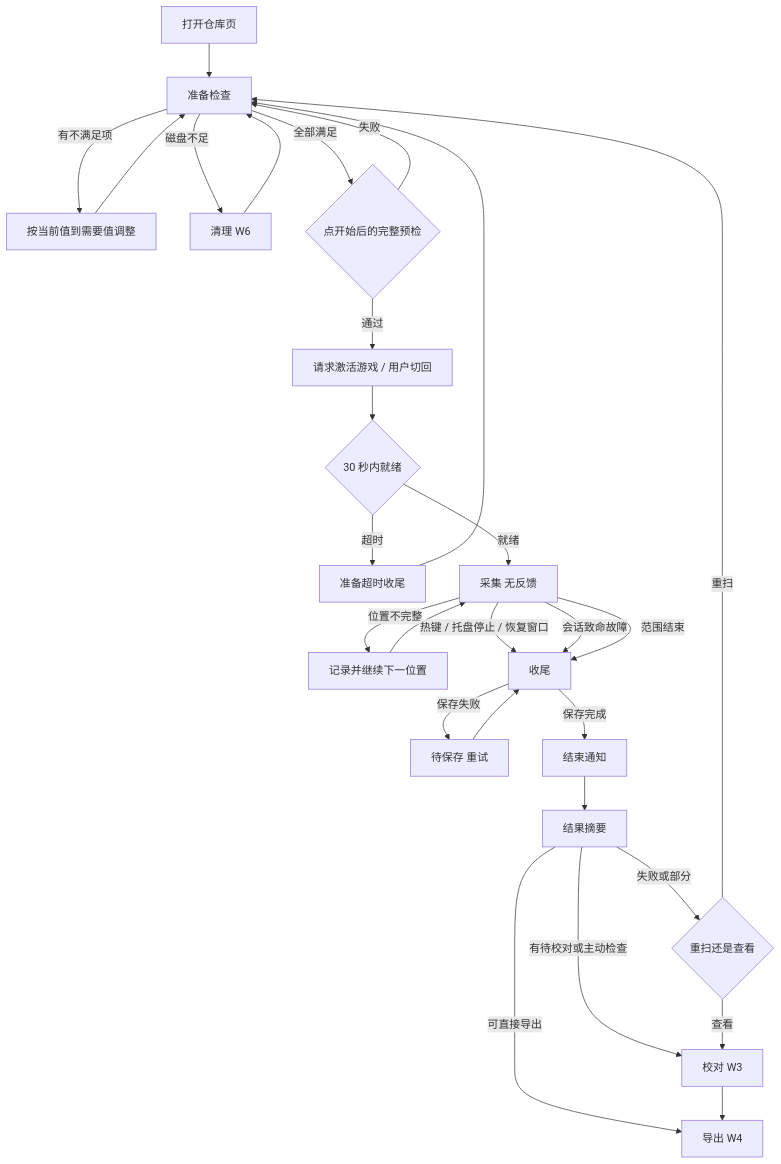
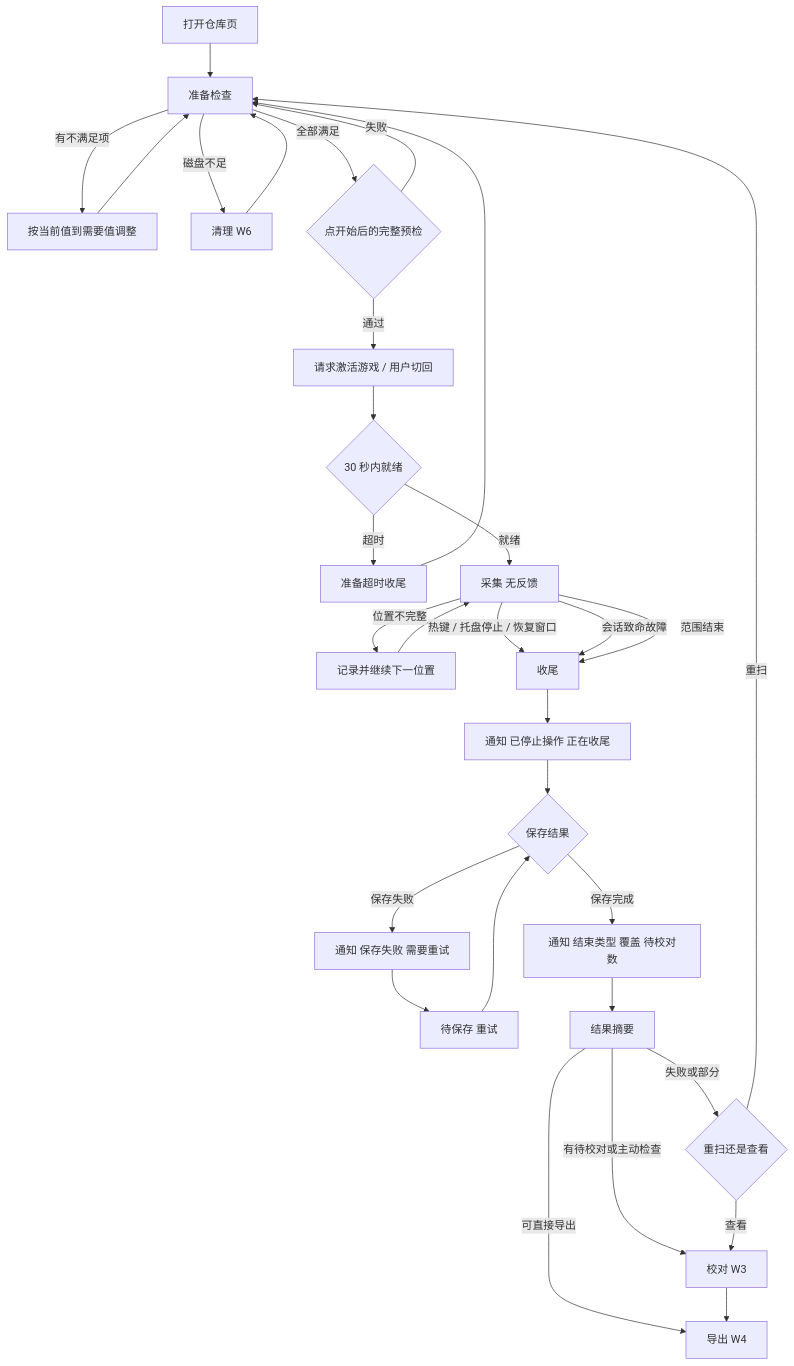
One commit to LoTwT/youkai changed the fifth of 11 diagrams in docs/design/uiux-2026-11/03-journeys-windows.md. Above: the diagram before and after it, drawn with Mermaid. The commit also changed other lines of this file and 5 other files, not shown here.

````diff
--- a/docs/design/uiux-2026-11/03-journeys-windows.md
+++ b/docs/design/uiux-2026-11/03-journeys-windows.md
@@ -194,25 +194,28 @@
 ```mermaid
 flowchart TD
   A[打开仓库页] --> B[准备检查]
   B -->|有不满足项| B1[按当前值到需要值调整] --> B
   B -->|磁盘不足| CL[清理 W6] --> B
   B -->|全部满足| C{点开始后的完整预检}
   C -->|失败| B
   C -->|通过| D[请求激活游戏 / 用户切回]
   D --> E{30 秒内就绪}
   E -->|超时| E1[准备超时收尾] --> B
   E -->|就绪| F[采集 无反馈]
   F -->|位置不完整| F1[记录并继续下一位置] --> F
   F -->|热键 / 托盘停止 / 恢复窗口| G[收尾]
   F -->|会话致命故障| G
   F -->|范围结束| G
-  G -->|保存失败| G1[待保存 重试] --> G
-  G -->|保存完成| N[结束通知]
-  N --> H[结果摘要]
+  G --> N1[通知 已停止操作 正在收尾]
+  N1 --> G2{保存结果}
+  G2 -->|保存失败| N3[通知 保存失败 需要重试]
+  N3 --> G1[待保存 重试] --> G2
+  G2 -->|保存完成| N2[通知 结束类型 覆盖 待校对数]
+  N2 --> H[结果摘要]
   H -->|有待校对或主动检查| RV[校对 W3]
   H -->|可直接导出| EX[导出 W4]
   RV --> EX
   H -->|失败或部分| K{重扫还是查看}
   K -->|重扫| B
   K -->|查看| RV
 ```
````
